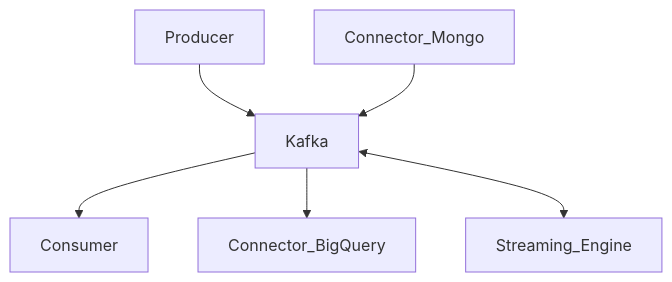
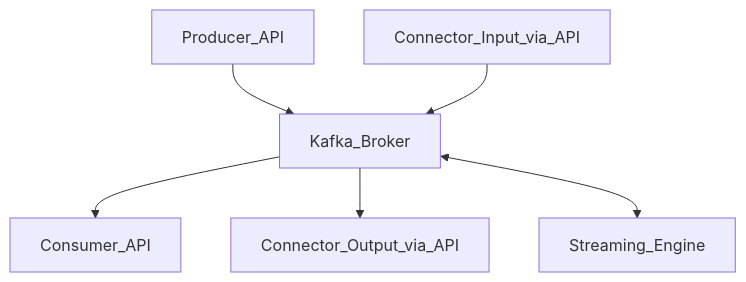
The first of 2 diagrams in tech/kafka/kafka.md (jakehova/knowledgedump), drawn with Mermaid before and after one commit. The commit also changed other lines of this file, not shown here.

````diff
--- a/tech/kafka/kafka.md
+++ b/tech/kafka/kafka.md
@@ -15,8 +24,8 @@
 ```mermaid
     graph TD;
-        Producer-->Kafka
-        Kafka-->Consumer
-        Connector_Mongo-->Kafka
-        Kafka-->Connector_BigQuery
-        Kafka<-->Streaming_Engine
+        Producer_API-->Kafka_Broker
+        Kafka_Broker-->Consumer_API
+        Connector_Input_via_API-->Kafka_Broker
+        Kafka_Broker-->Connector_Output_via_API
+        Kafka_Broker<-->Streaming_Engine
 ```
````
